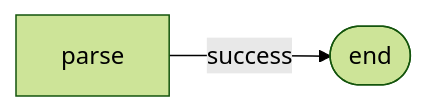
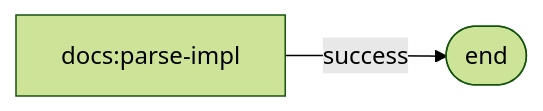
One commit to Studnicky/PathRipper changed the diagram in docs/_generated/docsScraperDAG.mmd. Above: the diagram before and after it, drawn with Mermaid (forest theme). The commit also changed 38 other files, not shown here.

```diff
--- a/docs/_generated/docsScraperDAG.mmd
+++ b/docs/_generated/docsScraperDAG.mmd
@@ -1,6 +1,6 @@
 flowchart LR
-  %% docs:parse (v1.0)
-  parse
-  parse[parse]
-  parse -->|success| END
+  %% docs:parse (v2.0)
+  docs:parse-impl
+  docs:parse-impl[docs:parse-impl]
+  docs:parse-impl -->|success| END
   END([end])
```
